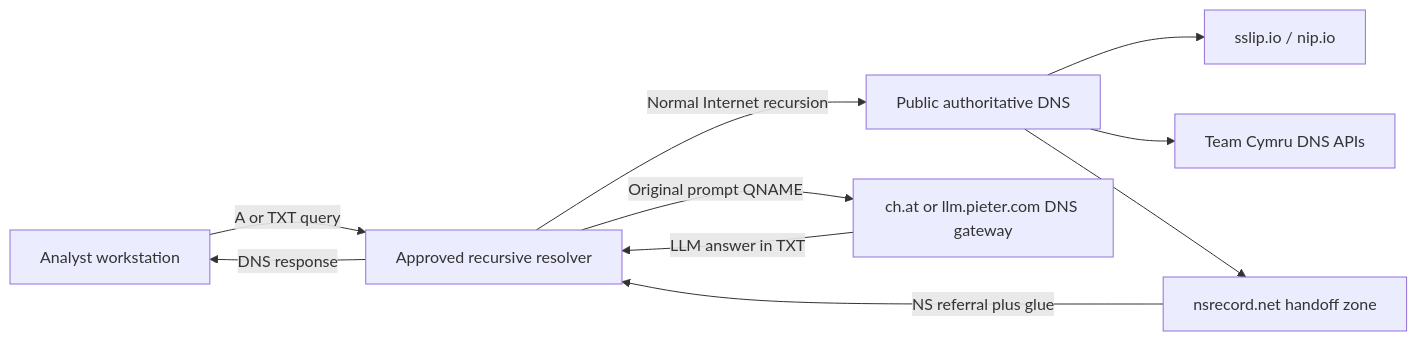
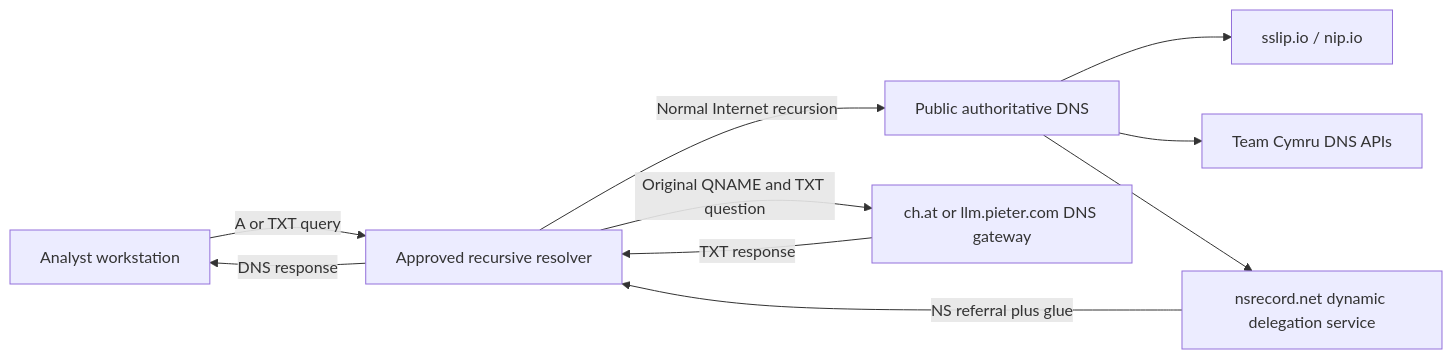
The first of 2 diagrams in README.md (localbystander/dns-poc), drawn with Mermaid before and after one commit. The commit also changed other lines of this file and 1 other file, not shown here.

Commit message:
Explain DNS handoff delegation and its role in the lab

````diff
--- a/README.md
+++ b/README.md
@@ -61,14 +61,14 @@
 ```mermaid
 flowchart LR
     A[Analyst workstation] -->|A or TXT query| R[Approved recursive resolver]
     R -->|Normal Internet recursion| P[Public authoritative DNS]
 
     P --> S[sslip.io / nip.io]
     P --> C[Team Cymru DNS APIs]
-    P --> N[nsrecord.net handoff zone]
+    P --> N[nsrecord.net dynamic delegation service]
 
     N -->|NS referral plus glue| R
-    R -->|Original prompt QNAME| G[ch.at or llm.pieter.com DNS gateway]
-    G -->|LLM answer in TXT| R
+    R -->|Original QNAME and TXT question| G[ch.at or llm.pieter.com DNS gateway]
+    G -->|TXT response| R
     R -->|DNS response| A
 ```
````
